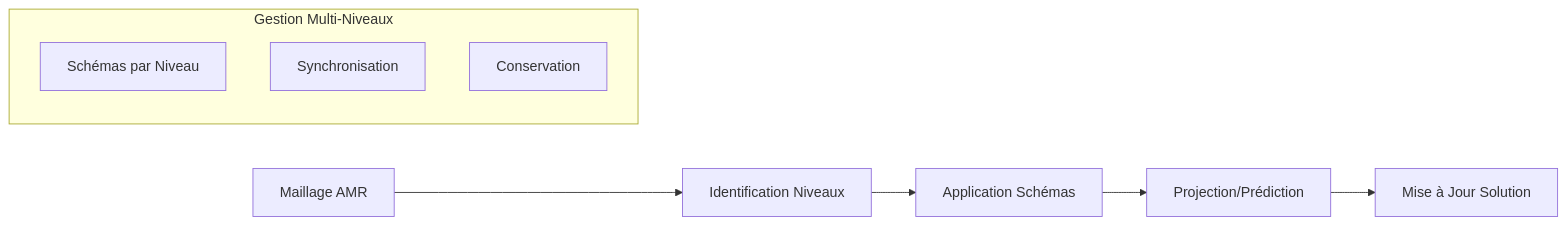
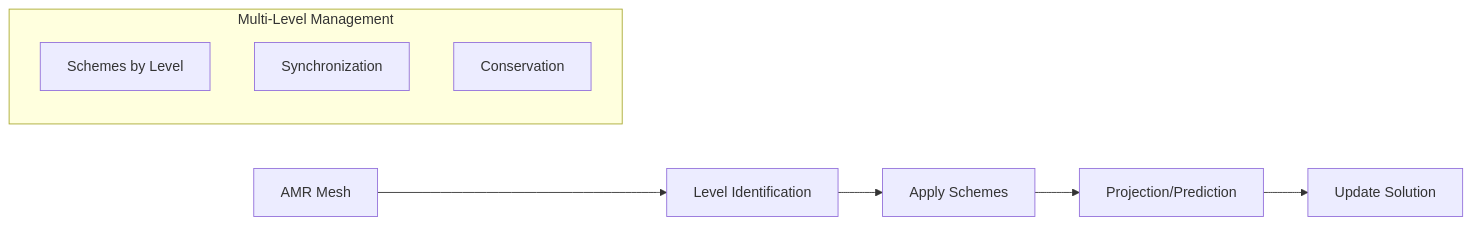
Before and after one commit to sbstndb/samurai: diagram 19 of 19 in docs/numerical_schemes.md, drawn with Mermaid. The commit also changed other lines of this file and 8 other files, not shown here.

````diff
--- a/docs/numerical_schemes.md
+++ b/docs/numerical_schemes.md
@@ -630,13 +630,13 @@
 ```mermaid
 graph LR
-    A[Maillage AMR] --> B[Identification Niveaux]
-    B --> C[Application Schémas]
-    C --> D[Projection/Prédiction]
-    D --> E[Mise à Jour Solution]
+    A[AMR Mesh] --> B[Level Identification]
+    B --> C[Apply Schemes]
+    C --> D[Projection/Prediction]
+    D --> E[Update Solution]
     
-    subgraph "Gestion Multi-Niveaux"
-        F[Schémas par Niveau]
-        G[Synchronisation]
+    subgraph "Multi-Level Management"
+        F[Schemes by Level]
+        G[Synchronization]
         H[Conservation]
     end
 ```
````
